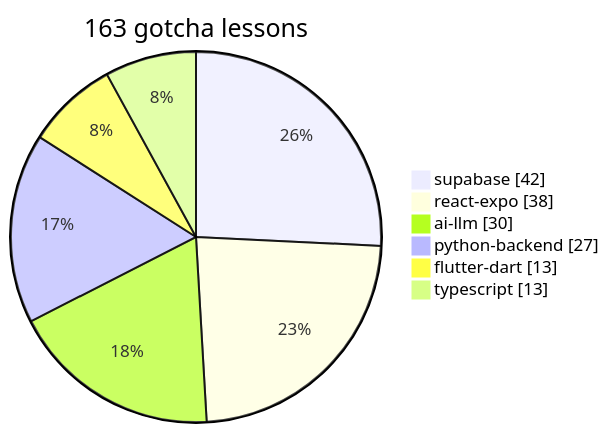
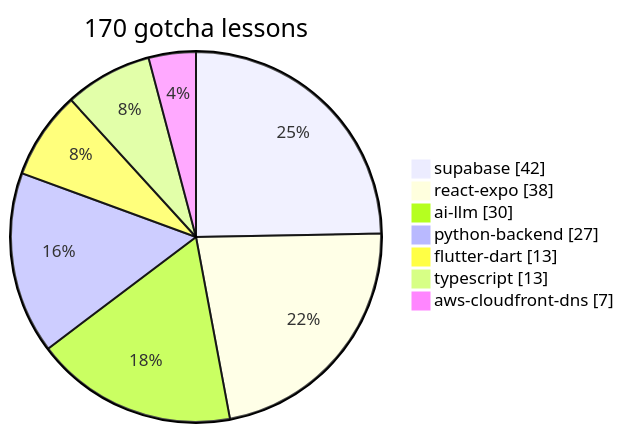
The third of 4 diagrams in README.md (22atlas-Studio/coding-agent-skills), drawn with Mermaid before and after one commit. The commit also changed other lines of this file and 36 other files, not shown here.

````diff
--- a/README.md
+++ b/README.md
@@ -131,10 +143,11 @@
 ```mermaid
 pie showData
-    title 163 gotcha lessons
+    title 170 gotcha lessons
     "supabase" : 42
     "react-expo" : 38
     "ai-llm" : 30
     "python-backend" : 27
     "flutter-dart" : 13
     "typescript" : 13
+    "aws-cloudfront-dns" : 7
 ```
````
